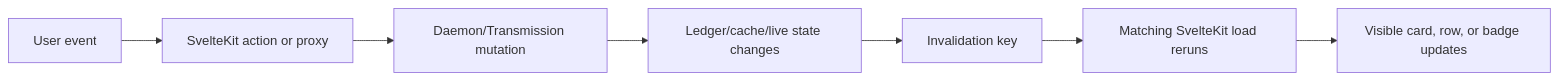
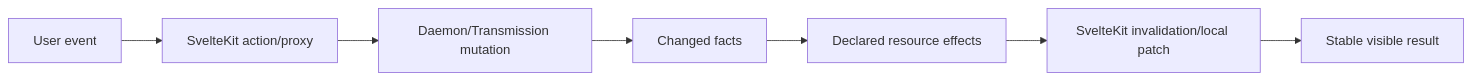
One commit to cesarnml/pirate-claw-for-dummies changed the diagram in src/content/docs/architecture/event-cascades.md. Above: the diagram before and after it, drawn with Mermaid. The commit also changed other lines of this file and 111 other files, not shown here.

Commit message:
docs: rewrite Pirate Claw architecture guide

````diff
--- a/src/content/docs/architecture/event-cascades.md
+++ b/src/content/docs/architecture/event-cascades.md
@@ -11,9 +10,9 @@
 ```mermaid
 flowchart LR
-  Click[User event] --> Action[SvelteKit action or proxy]
-  Action --> Mutation[Daemon/Transmission mutation]
-  Mutation --> Truth[Ledger/cache/live state changes]
-  Truth --> Invalidate[Invalidation key]
-  Invalidate --> Load[Matching SvelteKit load reruns]
-  Load --> UI[Visible card, row, or badge updates]
+  E[User event] --> A[SvelteKit action/proxy]
+  A --> M[Daemon/Transmission mutation]
+  M --> F[Changed facts]
+  F --> X[Declared resource effects]
+  X --> I[SvelteKit invalidation/local patch]
+  I --> U[Stable visible result]
 ```
````
